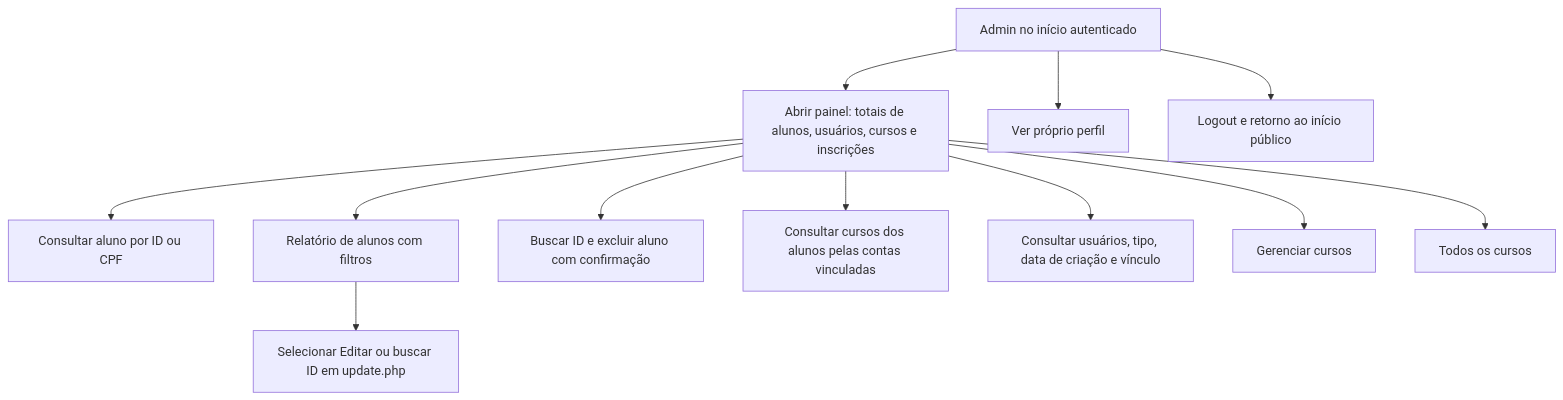
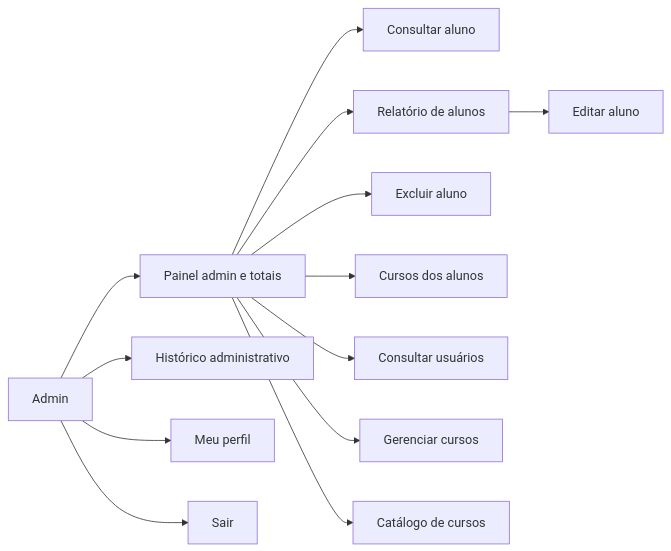
Before and after one commit to Matheus-Talasso-Gil/Impulsos-Cursos: diagram 11 of 21 in diagrama.md, drawn with Mermaid. The commit also changed other lines of this file and 1 other file, not shown here.

Commit message:
Atualizando o diagrama e criando o product backlog

````diff
--- a/diagrama.md
+++ b/diagrama.md
@@ -260,14 +287,15 @@
 ```mermaid
-flowchart TD
-    Admin["Admin no início autenticado"] --> Painel["Abrir painel: totais de alunos, usuários, cursos e inscrições"]
-    Painel --> Consulta["Consultar aluno por ID ou CPF"]
-    Painel --> Relatorio["Relatório de alunos com filtros"]
-    Relatorio --> Editar["Selecionar Editar ou buscar ID em update.php"]
-    Painel --> Excluir["Buscar ID e excluir aluno com confirmação"]
-    Painel --> AlunosCursos["Consultar cursos dos alunos pelas contas vinculadas"]
-    Painel --> Contas["Consultar usuários, tipo, data de criação e vínculo"]
+graph LR
+    Admin["Admin"] --> Painel["Painel admin e totais"]
+    Painel --> Consulta["Consultar aluno"]
+    Painel --> Relatorio["Relatório de alunos"]
+    Relatorio --> Editar["Editar aluno"]
+    Painel --> Excluir["Excluir aluno"]
+    Painel --> Vinculos["Cursos dos alunos"]
+    Painel --> Usuarios["Consultar usuários"]
     Painel --> Cursos["Gerenciar cursos"]
-    Painel --> Catalogo["Todos os cursos"]
-    Admin --> Perfil["Ver próprio perfil"]
-    Admin --> Sair["Logout e retorno ao início público"]
+    Admin --> Historico["Histórico administrativo"]
+    Painel --> Catalogo["Catálogo de cursos"]
+    Admin --> Perfil["Meu perfil"]
+    Admin --> Sair["Sair"]
 ```
````
